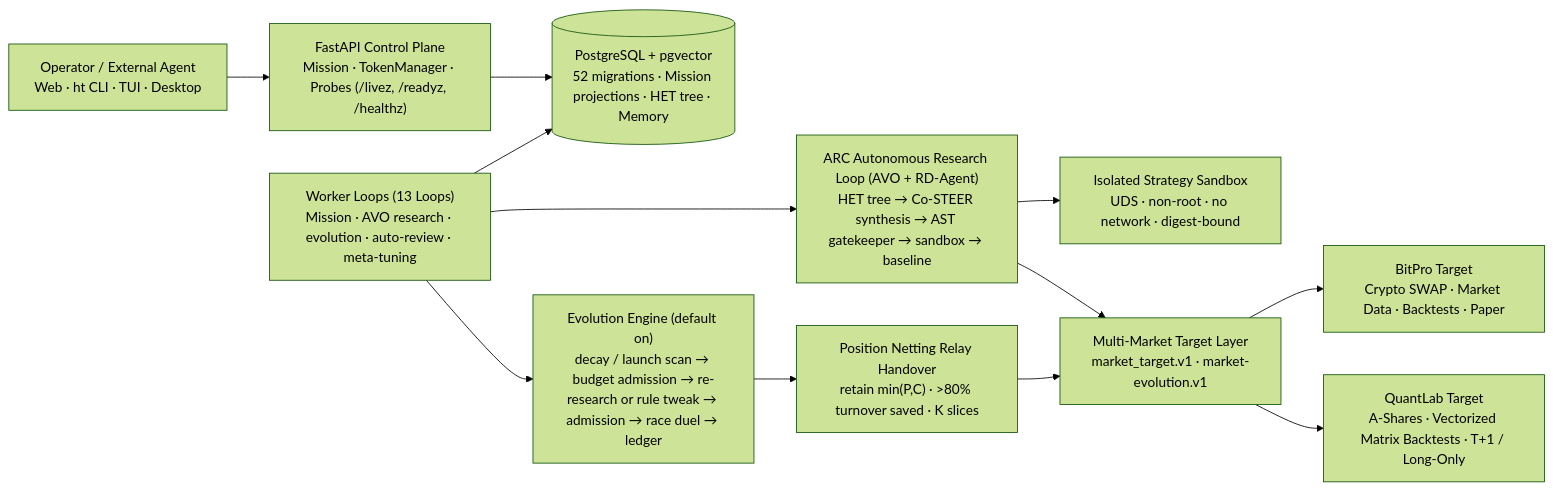
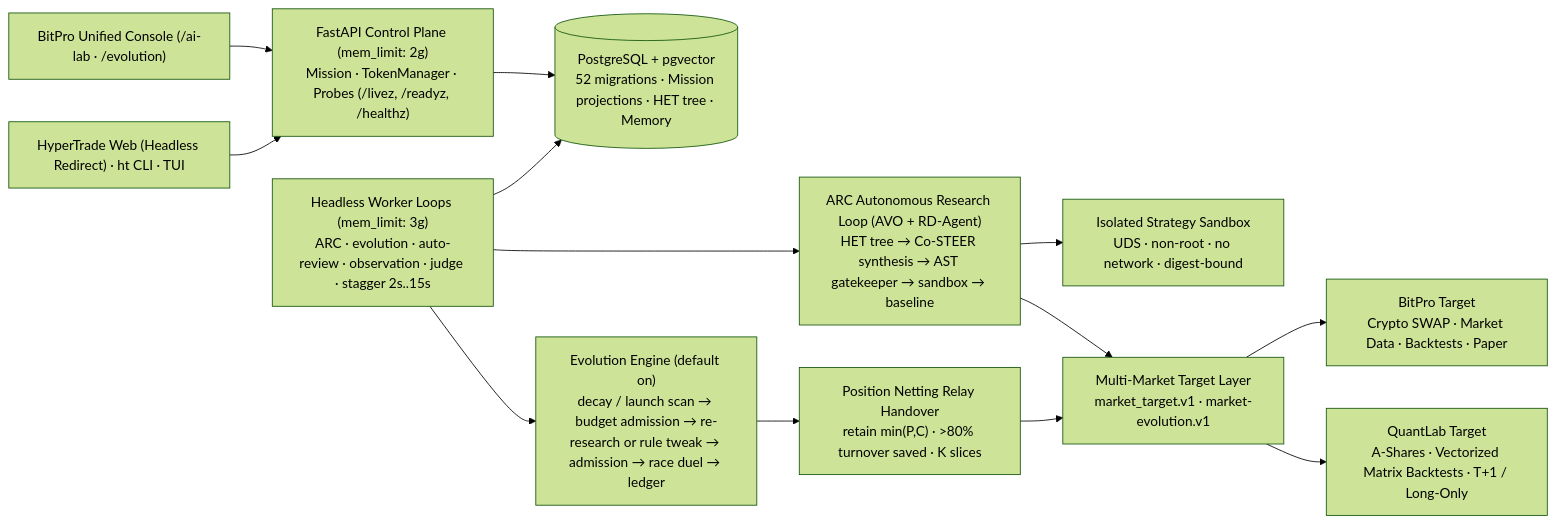
Before and after one commit to Shadowell/HyperTrade: the first of 2 diagrams in README.en.md, drawn with Mermaid (forest theme). The commit also changed other lines of this file and 7 other files, not shown here.

Commit message:
docs: sync headless engine contract, architecture docs, READMEs, and Dependabot audit

````diff
--- a/README.en.md
+++ b/README.en.md
@@ -55,14 +55,15 @@
 ```mermaid
 flowchart LR
-  Op["Operator / External Agent<br/>Web · ht CLI · TUI · Desktop"] --> API["FastAPI Control Plane<br/>Mission · TokenManager · Probes (/livez, /readyz, /healthz)"]
+  BitProUI["BitPro Unified Console (/ai-lab · /evolution)"] --> API["FastAPI Control Plane (mem_limit: 2g)<br/>Mission · TokenManager · Probes (/livez, /readyz, /healthz)"]
+  Op["HyperTrade Web (Headless Redirect) · ht CLI · TUI"] --> API
   API --> DB[("PostgreSQL + pgvector<br/>52 migrations · Mission projections · HET tree · Memory")]
-  Worker["Worker Loops (13 Loops)<br/>Mission · AVO research · evolution · auto-review · meta-tuning"] --> DB
+  Worker["Headless Worker Loops (mem_limit: 3g)<br/>ARC · evolution · auto-review · observation · judge · stagger 2s..15s"] --> DB
   Worker --> Research["ARC Autonomous Research Loop (AVO + RD-Agent)<br/>HET tree → Co-STEER synthesis → AST gatekeeper → sandbox → baseline"]
   Worker --> Evolution["Evolution Engine (default on)<br/>decay / launch scan → budget admission → re-research or rule tweak → admission → race duel → ledger"]
   Research --> Sandbox["Isolated Strategy Sandbox<br/>UDS · non-root · no network · digest-bound"]
   Research --> Targets["Multi-Market Target Layer<br/>market_target.v1 · market-evolution.v1"]
   Evolution --> Relay["Position Netting Relay Handover<br/>retain min(P,C) · >80% turnover saved · K slices"]
   Relay --> Targets
   Targets --> BitPro["BitPro Target<br/>Crypto SWAP · Market Data · Backtests · Paper"]
   Targets --> QuantLab["QuantLab Target<br/>A-Shares · Vectorized Matrix Backtests · T+1 / Long-Only"]
 ```
````
